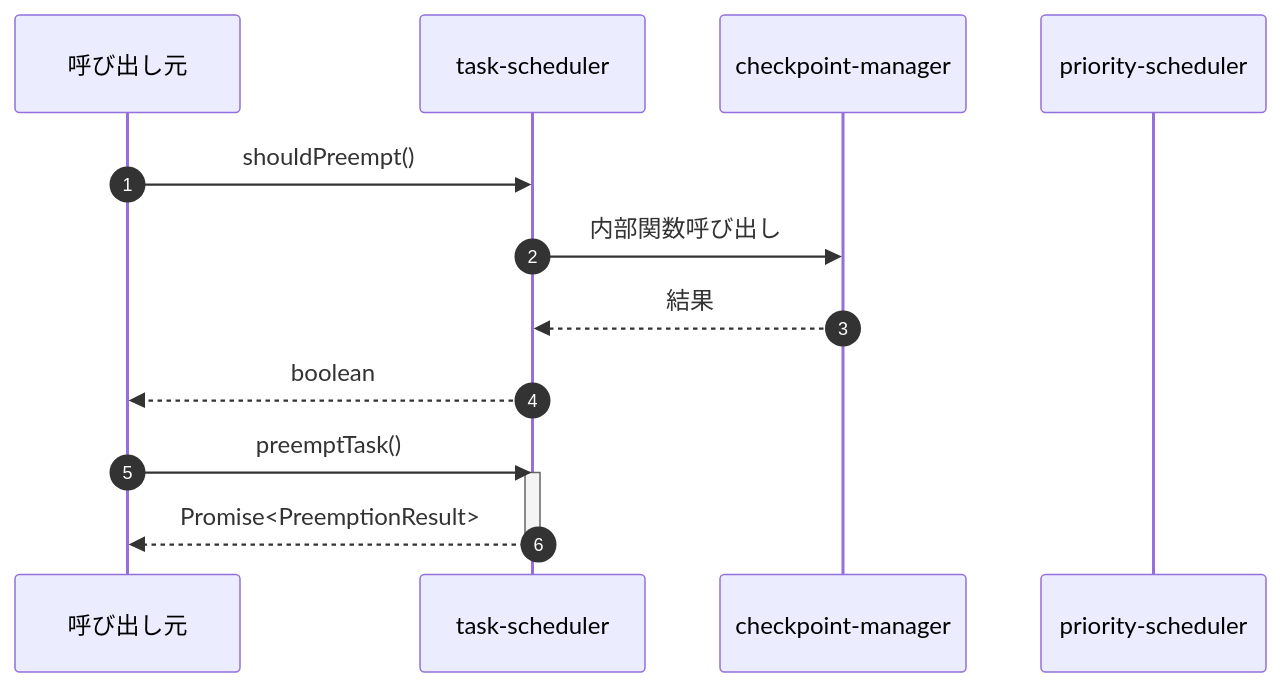
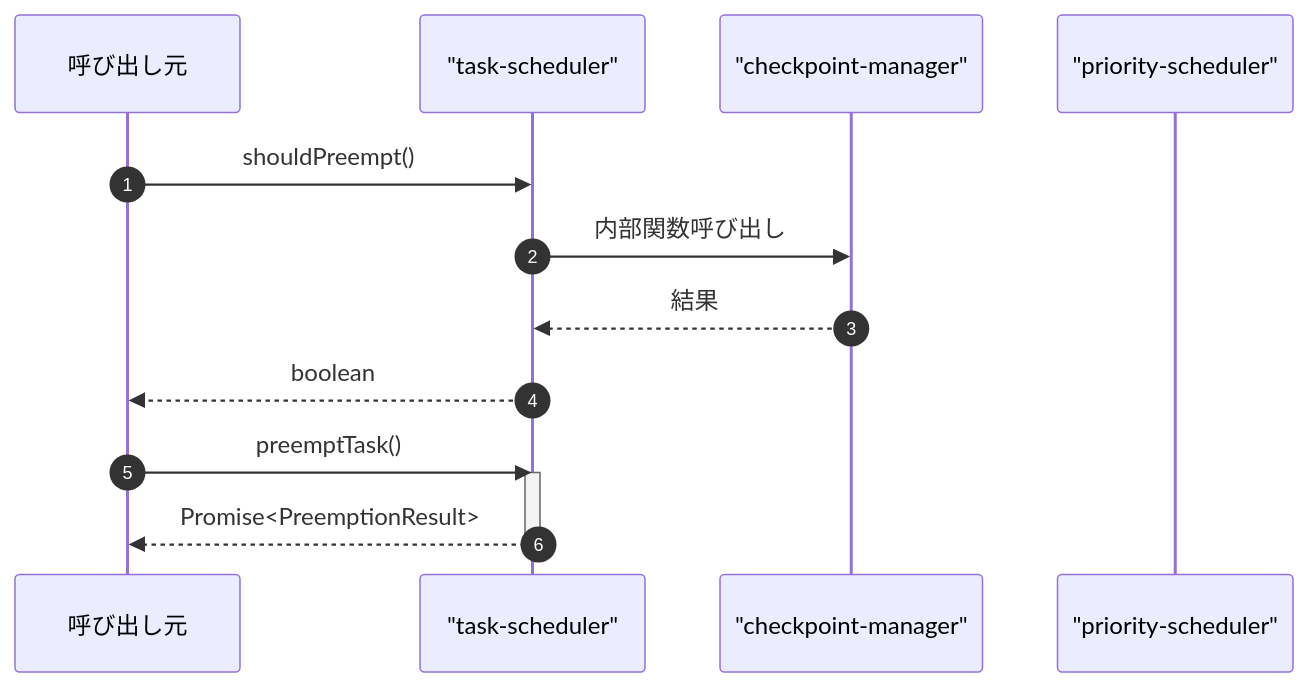
The fourth of 4 diagrams in ABDD/.pi/lib/task-scheduler.md (Mekann2904/mekann), drawn with Mermaid before and after one commit. The commit also changed other lines of this file and 152 other files, not shown here.

First line of the commit message:
fix: Mermaid図のラベル内の特殊文字をエスケープする

````diff
--- a/ABDD/.pi/lib/task-scheduler.md
+++ b/ABDD/.pi/lib/task-scheduler.md
@@ -150,18 +150,18 @@
 ```mermaid
 sequenceDiagram
   autonumber
   participant Caller as 呼び出し元
-  participant task_scheduler as task-scheduler
-  participant checkpoint_manager as checkpoint-manager
-  participant priority_scheduler as priority-scheduler
+  participant task_scheduler as "task-scheduler"
+  participant checkpoint_manager as "checkpoint-manager"
+  participant priority_scheduler as "priority-scheduler"
 
   Caller->>task_scheduler: shouldPreempt()
   task_scheduler->>checkpoint_manager: 内部関数呼び出し
   checkpoint_manager-->>task_scheduler: 結果
   task_scheduler-->>Caller: boolean
 
   Caller->>task_scheduler: preemptTask()
   activate task_scheduler
   task_scheduler-->>Caller: Promise<PreemptionResult>
   deactivate task_scheduler
 ```
````
